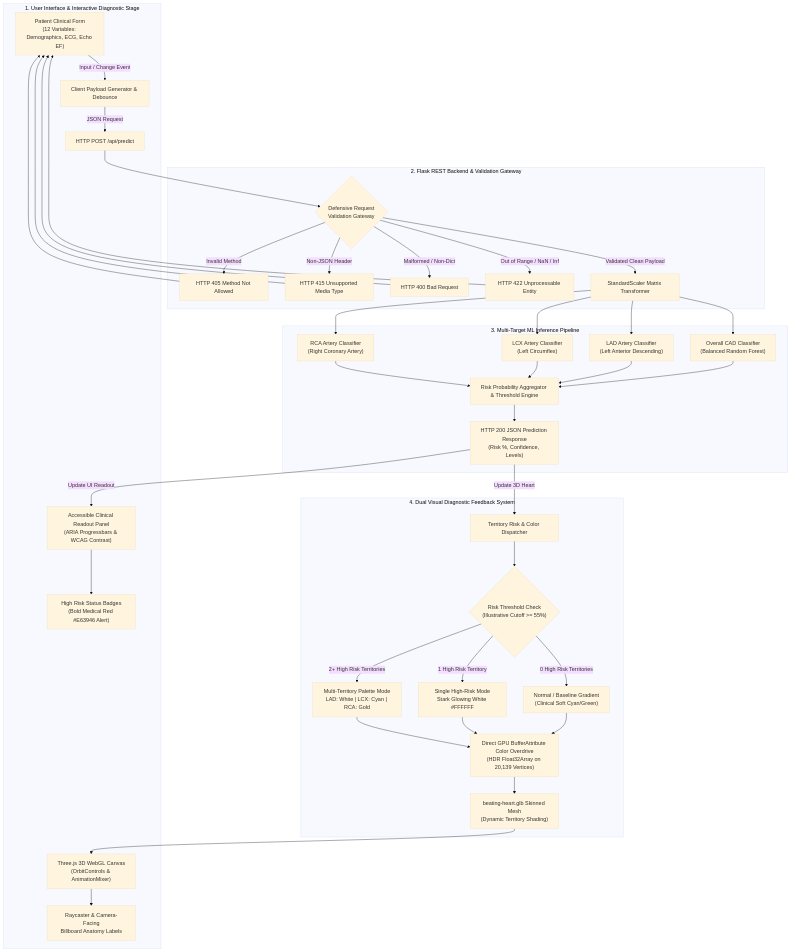
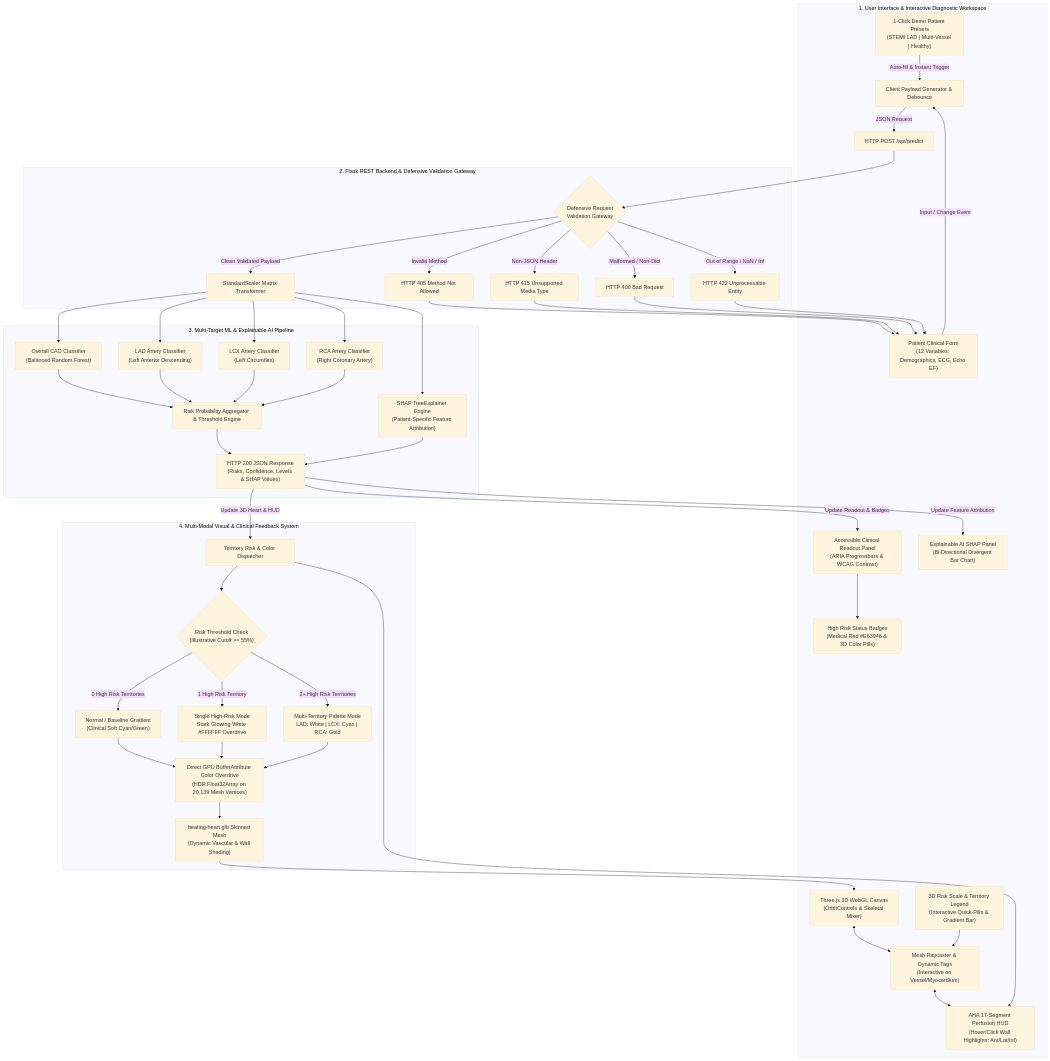
The diagram in docs/architecture_flow.md (xploreshivam/cardiac_risk_prediction), drawn with Mermaid (base theme) before and after one commit. The commit also changed other lines of this file and 2 other files, not shown here.

Commit message:
docs(flowcharts): update runtime architecture and development lifecycle flowcharts with presets, SHAP explainer, AHA HUD, and 3D risk legend

````diff
--- a/docs/architecture_flow.md
+++ b/docs/architecture_flow.md
@@ -9,57 +9,68 @@
 ```mermaid
 graph TD
-    subgraph UI ["1. User Interface & Interactive Diagnostic Stage"]
+    subgraph UI ["1. User Interface & Interactive Diagnostic Workspace"]
+        P0["1-Click Demo Patient Presets<br/>(STEMI LAD | Multi-Vessel | Healthy)"] -->|Auto-fill & Instant Trigger| B
         A["Patient Clinical Form<br/>(12 Variables: Demographics, ECG, Echo EF)"] -->|Input / Change Event| B["Client Payload Generator & Debounce"]
         B -->|JSON Request| C["HTTP POST /api/predict"]
         
-        M["Three.js 3D WebGL Canvas<br/>(OrbitControls & AnimationMixer)"] --> N["Raycaster & Camera-Facing<br/>Billboard Anatomy Labels"]
+        M["Three.js 3D WebGL Canvas<br/>(OrbitControls & Skeletal Mixer)"] <--> N["Mesh Raycaster & Dynamic Tags<br/>(Interactive on Vessel/Myocardium)"]
+        N <--> HUD["AHA 17-Segment Perfusion HUD<br/>(Hover/Click Wall Highlights: Ant/Lat/Inf)"]
+        LEG["3D Risk Scale & Territory Legend<br/>(Interactive Quick-Pills & Gradient Bar)"] --> N
+        
         O["Accessible Clinical Readout Panel<br/>(ARIA Progressbars & WCAG Contrast)"]
-        O2["High Risk Status Badges<br/>(Bold Medical Red #E63946 Alert)"]
+        O2["High Risk Status Badges<br/>(Medical Red #E63946 & 3D Color Pills)"]
+        SHAP_UI["Explainable AI SHAP Panel<br/>(Bi-Directional Divergent Bar Chart)"]
     end
 
-    subgraph API ["2. Flask REST Backend & Validation Gateway"]
+    subgraph API ["2. Flask REST Backend & Defensive Validation Gateway"]
         C --> D{"Defensive Request<br/>Validation Gateway"}
         D -->|Invalid Method| E1["HTTP 405 Method Not Allowed"]
         D -->|Non-JSON Header| E2["HTTP 415 Unsupported Media Type"]
         D -->|Malformed / Non-Dict| E3["HTTP 400 Bad Request"]
         D -->|Out of Range / NaN / Inf| E4["HTTP 422 Unprocessable Entity"]
-        D -->|Validated Clean Payload| F["StandardScaler Matrix Transformer"]
+        D -->|Clean Validated Payload| F["StandardScaler Matrix Transformer"]
         
         E1 --> A
         E2 --> A
         E3 --> A
         E4 --> A
     end
 
-    subgraph ML ["3. Multi-Target ML Inference Pipeline"]
+    subgraph ML ["3. Multi-Target ML & Explainable AI Pipeline"]
         F --> G1["Overall CAD Classifier<br/>(Balanced Random Forest)"]
         F --> G2["LAD Artery Classifier<br/>(Left Anterior Descending)"]
         F --> G3["LCX Artery Classifier<br/>(Left Circumflex)"]
         F --> G4["RCA Artery Classifier<br/>(Right Coronary Artery)"]
         
+        F --> SHAP_EX["SHAP TreeExplainer Engine<br/>(Patient-Specific Feature Attribution)"]
+        
         G1 --> H["Risk Probability Aggregator & Threshold Engine"]
         G2 --> H
         G3 --> H
         G4 --> H
-        H --> I["HTTP 200 JSON Prediction Response<br/>(Risk %, Confidence, Levels)"]
+        
+        H --> I["HTTP 200 JSON Response<br/>(Risks, Confidence, Levels & SHAP Values)"]
+        SHAP_EX --> I
     end
 
-    subgraph DUAL_DISPATCH ["4. Dual Visual Diagnostic Feedback System"]
-        I -->|Update UI Readout| O
+    subgraph MULTI_DISPATCH ["4. Multi-Modal Visual & Clinical Feedback System"]
+        I -->|Update Readout & Badges| O
         O --> O2
+        I -->|Update Feature Attribution| SHAP_UI
         
-        I -->|Update 3D Heart| J["Territory Risk & Color Dispatcher"]
+        I -->|Update 3D Heart & HUD| J["Territory Risk & Color Dispatcher"]
+        J --> HUD
         J --> K{"Risk Threshold Check<br/>(Illustrative Cutoff >= 55%)"}
         
         K -->|0 High Risk Territories| L0["Normal / Baseline Gradient<br/>(Clinical Soft Cyan/Green)"]
-        K -->|1 High Risk Territory| L1["Single High-Risk Mode<br/>Stark Glowing White #FFFFFF"]
+        K -->|1 High Risk Territory| L1["Single High-Risk Mode<br/>Stark Glowing White #FFFFFF Overdrive"]
         K -->|2+ High Risk Territories| L2["Multi-Territory Palette Mode<br/>LAD: White | LCX: Cyan | RCA: Gold"]
         
-        L0 --> P["Direct GPU BufferAttribute Color Overdrive<br/>(HDR Float32Array on 20,139 Vertices)"]
+        L0 --> P["Direct GPU BufferAttribute Color Overdrive<br/>(HDR Float32Array on 20,139 Mesh Vertices)"]
         L1 --> P
         L2 --> P
         
-        P --> Q["beating-heart.glb Skinned Mesh<br/>(Dynamic Territory Shading)"]
+        P --> Q["beating-heart.glb Skinned Mesh<br/>(Dynamic Vascular & Wall Shading)"]
         Q --> M
     end
 ```
````
